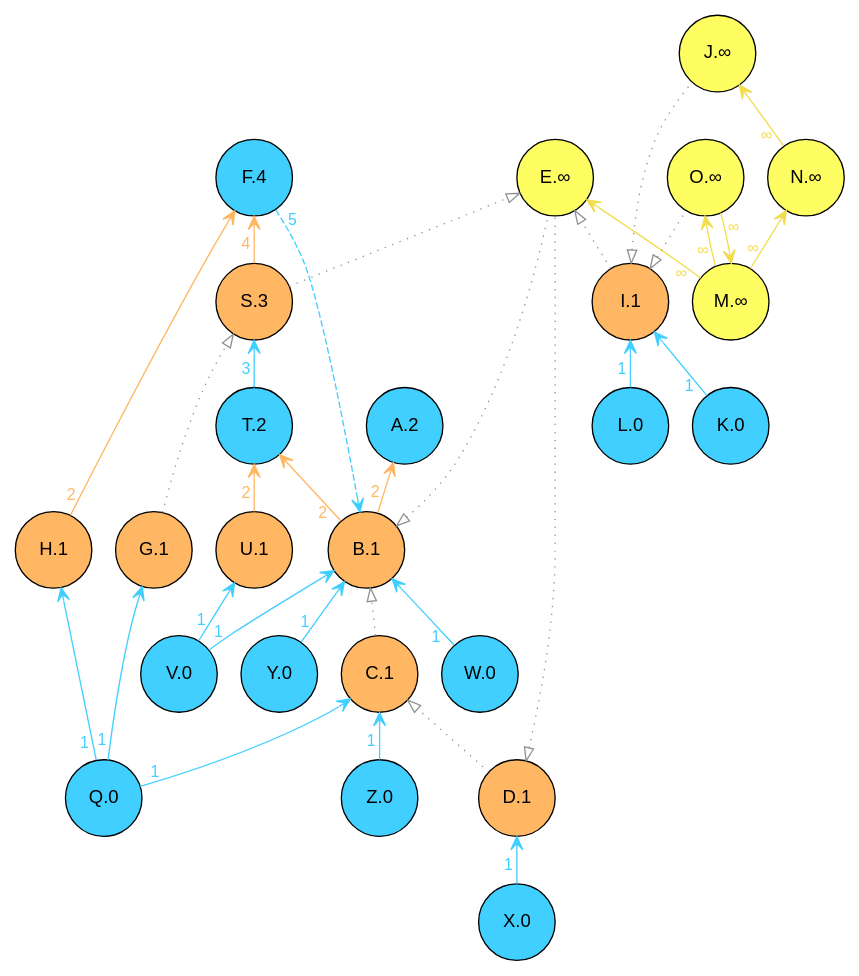
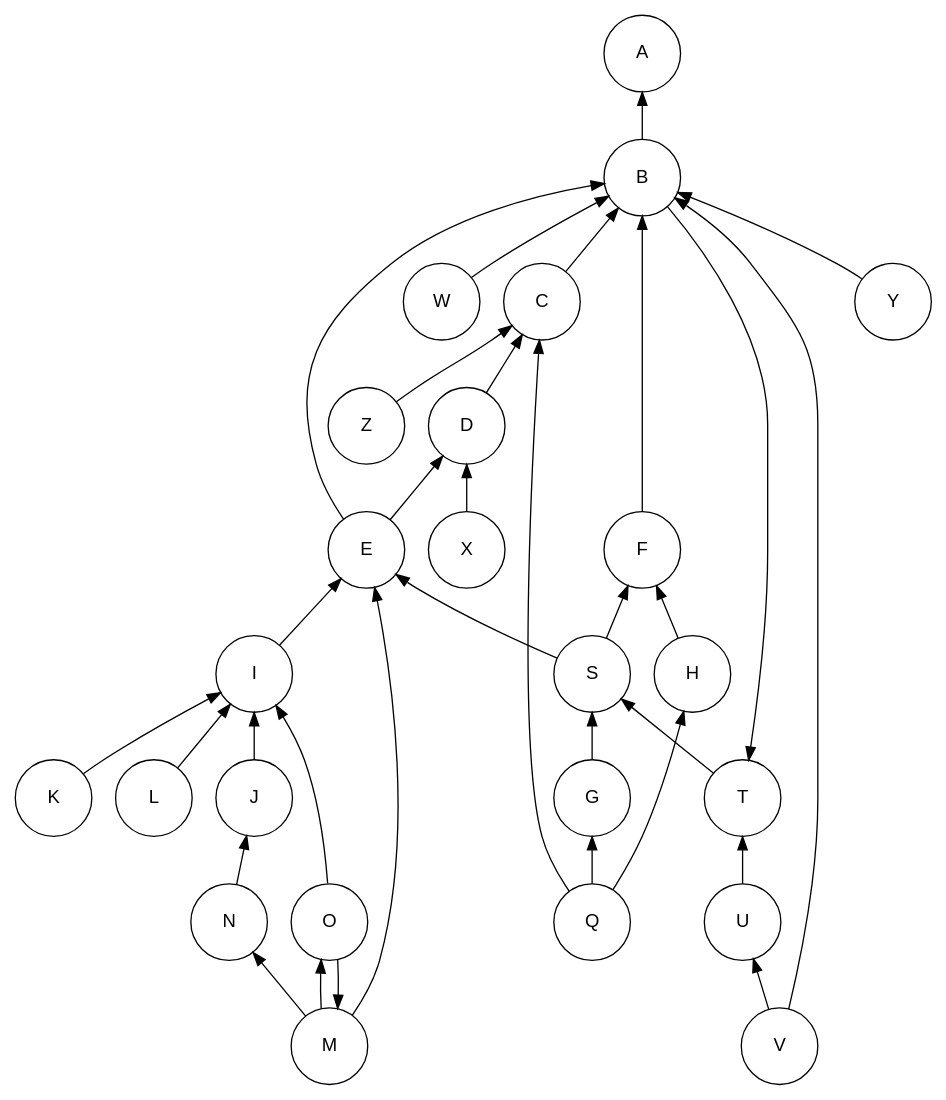
Before and after one commit to xai-ca/xray: the diagram in temp/layout.dot, drawn with Graphviz. The commit also changed 3 other files, not shown here.

```diff
--- a/temp/layout.dot
+++ b/temp/layout.dot
@@ -1,63 +1,63 @@
 digraph {
 layout=dot 
 node [fontname = "helvetica"  shape=circle fixedsize=true width=0.8, height=0.8] 
   edge [fontname = "helvetica"] 
  rankdir=BT  // Node defaults can be set here if needed
-    "A" [style="filled" fillcolor="#40cfff" label="A.2" fontsize=14 ]
-    "F" [style="filled" fillcolor="#40cfff" label="F.4" fontsize=14 ]
-    "K" [style="filled" fillcolor="#40cfff" label="K.0" fontsize=14 ]
-    "L" [style="filled" fillcolor="#40cfff" label="L.0" fontsize=14 ]
-    "Q" [style="filled" fillcolor="#40cfff" label="Q.0" fontsize=14 ]
-    "T" [style="filled" fillcolor="#40cfff" label="T.2" fontsize=14 ]
-    "V" [style="filled" fillcolor="#40cfff" label="V.0" fontsize=14 ]
-    "W" [style="filled" fillcolor="#40cfff" label="W.0" fontsize=14 ]
-    "X" [style="filled" fillcolor="#40cfff" label="X.0" fontsize=14 ]
-    "Y" [style="filled" fillcolor="#40cfff" label="Y.0" fontsize=14 ]
-    "Z" [style="filled" fillcolor="#40cfff" label="Z.0" fontsize=14 ]
-    "E" [style="filled" fillcolor="#FEFE62" label="E.∞" fontsize=14 ]
-    "J" [style="filled" fillcolor="#FEFE62" label="J.∞" fontsize=14 ]
-    "M" [style="filled" fillcolor="#FEFE62" label="M.∞" fontsize=14 ]
-    "N" [style="filled" fillcolor="#FEFE62" label="N.∞" fontsize=14 ]
-    "O" [style="filled" fillcolor="#FEFE62" label="O.∞" fontsize=14 ]
-    "B" [style="filled" fillcolor="#ffb763" label="B.1" fontsize=14 ]
-    "C" [style="filled" fillcolor="#ffb763" label="C.1" fontsize=14 ]
-    "D" [style="filled" fillcolor="#ffb763" label="D.1" fontsize=14 ]
-    "G" [style="filled" fillcolor="#ffb763" label="G.1" fontsize=14 ]
-    "H" [style="filled" fillcolor="#ffb763" label="H.1" fontsize=14 ]
-    "I" [style="filled" fillcolor="#ffb763" label="I.1" fontsize=14 ]
-    "S" [style="filled" fillcolor="#ffb763" label="S.3" fontsize=14 ]
-    "U" [style="filled" fillcolor="#ffb763" label="U.1" fontsize=14 ]
+    "T" [fontsize=14]
+    "C" [fontsize=14]
+    "D" [fontsize=14]
+    "W" [fontsize=14]
+    "V" [fontsize=14]
+    "Q" [fontsize=14]
+    "X" [fontsize=14]
+    "K" [fontsize=14]
+    "F" [fontsize=14]
+    "M" [fontsize=14]
+    "E" [fontsize=14]
+    "N" [fontsize=14]
+    "B" [fontsize=14]
+    "L" [fontsize=14]
+    "Z" [fontsize=14]
+    "J" [fontsize=14]
+    "H" [fontsize=14]
+    "U" [fontsize=14]
+    "A" [fontsize=14]
+    "I" [fontsize=14]
+    "G" [fontsize=14]
+    "O" [fontsize=14]
+    "S" [fontsize=14]
+    "Y" [fontsize=14]
     edge[labeldistance=1.5 fontsize=12]
-    "B" -> "A" [color="#ffb763" style="solid"fontcolor="#ffb763"arrowtail="vee"arrowhead="vee"taillabel="2"]
-    "B" -> "T" [color="#ffb763" style="solid"fontcolor="#ffb763"arrowtail="vee"arrowhead="vee"taillabel="2"]
-    "C" -> "B" [color="#919191" style="dotted"fontcolor="#919191"arrowtail="onormal"arrowhead="onormal"taillabel=""]
-    "D" -> "C" [color="#919191" style="dotted"fontcolor="#919191"arrowtail="onormal"arrowhead="onormal"taillabel=""]
-    "B" -> "E" [dir=back color="#919191" style= "dotted"fontcolor="#919191"arrowtail="onormal"arrowhead="onormal"headlabel=""]
-    "D" -> "E" [dir=back color="#919191" style= "dotted"fontcolor="#919191"arrowtail="onormal"arrowhead="onormal"headlabel=""]
-    "B" -> "F" [dir=back color="#40cfff" style= "dashed"fontcolor="#40cfff"arrowtail="vee"arrowhead="vee"headlabel="5"]
-    "G" -> "S" [color="#919191" style="dotted"fontcolor="#919191"arrowtail="onormal"arrowhead="onormal"taillabel=""]
-    "H" -> "F" [color="#ffb763" style="solid"fontcolor="#ffb763"arrowtail="vee"arrowhead="vee"taillabel="2"]
-    "I" -> "E" [color="#919191" style="dotted"fontcolor="#919191"arrowtail="onormal"arrowhead="onormal"taillabel=""]
-    "I" -> "J" [dir=back color="#919191" style= "dotted"fontcolor="#919191"arrowtail="onormal"arrowhead="onormal"headlabel=""]
-    "K" -> "I" [color="#40cfff" style="solid"fontcolor="#40cfff"arrowtail="vee"arrowhead="vee"taillabel="1"]
-    "L" -> "I" [color="#40cfff" style="solid"fontcolor="#40cfff"arrowtail="vee"arrowhead="vee"taillabel="1"]
-    "M" -> "E" [color="#f1dd4b" style="solid"fontcolor="#f1dd4b"arrowtail="vee"arrowhead="vee"taillabel="∞"]
-    "M" -> "O" [color="#f1dd4b" style="solid"fontcolor="#f1dd4b"arrowtail="vee"arrowhead="vee"taillabel="∞"]
-    "M" -> "N" [color="#f1dd4b" style="solid"fontcolor="#f1dd4b"arrowtail="vee"arrowhead="vee"taillabel="∞"]
-    "N" -> "J" [color="#f1dd4b" style="solid"fontcolor="#f1dd4b"arrowtail="vee"arrowhead="vee"taillabel="∞"]
-    "I" -> "O" [dir=back color="#919191" style= "dotted"fontcolor="#919191"arrowtail="onormal"arrowhead="onormal"headlabel=""]
-    "O" -> "M" [color="#f1dd4b" style="solid"fontcolor="#f1dd4b"arrowtail="vee"arrowhead="vee"taillabel="∞"]
-    "Q" -> "G" [color="#40cfff" style="solid"fontcolor="#40cfff"arrowtail="vee"arrowhead="vee"taillabel="1"]
-    "Q" -> "H" [color="#40cfff" style="solid"fontcolor="#40cfff"arrowtail="vee"arrowhead="vee"taillabel="1"]
-    "Q" -> "C" [color="#40cfff" style="solid"fontcolor="#40cfff"arrowtail="vee"arrowhead="vee"taillabel="1"]
-    "S" -> "E" [color="#919191" style="dotted"fontcolor="#919191"arrowtail="onormal"arrowhead="onormal"taillabel=""]
-    "S" -> "F" [color="#ffb763" style="solid"fontcolor="#ffb763"arrowtail="vee"arrowhead="vee"taillabel="4"]
-    "T" -> "S" [color="#40cfff" style="solid"fontcolor="#40cfff"arrowtail="vee"arrowhead="vee"taillabel="3"]
-    "U" -> "T" [color="#ffb763" style="solid"fontcolor="#ffb763"arrowtail="vee"arrowhead="vee"taillabel="2"]
-    "V" -> "B" [color="#40cfff" style="solid"fontcolor="#40cfff"arrowtail="vee"arrowhead="vee"taillabel="1"]
-    "V" -> "U" [color="#40cfff" style="solid"fontcolor="#40cfff"arrowtail="vee"arrowhead="vee"taillabel="1"]
-    "W" -> "B" [color="#40cfff" style="solid"fontcolor="#40cfff"arrowtail="vee"arrowhead="vee"taillabel="1"]
-    "X" -> "D" [color="#40cfff" style="solid"fontcolor="#40cfff"arrowtail="vee"arrowhead="vee"taillabel="1"]
-    "Y" -> "B" [color="#40cfff" style="solid"fontcolor="#40cfff"arrowtail="vee"arrowhead="vee"taillabel="1"]
-    "Z" -> "C" [color="#40cfff" style="solid"fontcolor="#40cfff"arrowtail="vee"arrowhead="vee"taillabel="1"]
+    "B" -> "A"
+    "B" -> "T"
+    "C" -> "B"
+    "D" -> "C"
+    "E" -> "B"
+    "E" -> "D"
+    "F" -> "B"
+    "G" -> "S"
+    "H" -> "F"
+    "I" -> "E"
+    "J" -> "I"
+    "K" -> "I"
+    "L" -> "I"
+    "M" -> "E"
+    "M" -> "O"
+    "M" -> "N"
+    "N" -> "J"
+    "O" -> "I"
+    "O" -> "M"
+    "Q" -> "G"
+    "Q" -> "H"
+    "Q" -> "C"
+    "S" -> "E"
+    "S" -> "F"
+    "T" -> "S"
+    "U" -> "T"
+    "V" -> "B"
+    "V" -> "U"
+    "W" -> "B"
+    "X" -> "D"
+    "Y" -> "B"
+    "Z" -> "C"
 }
```
